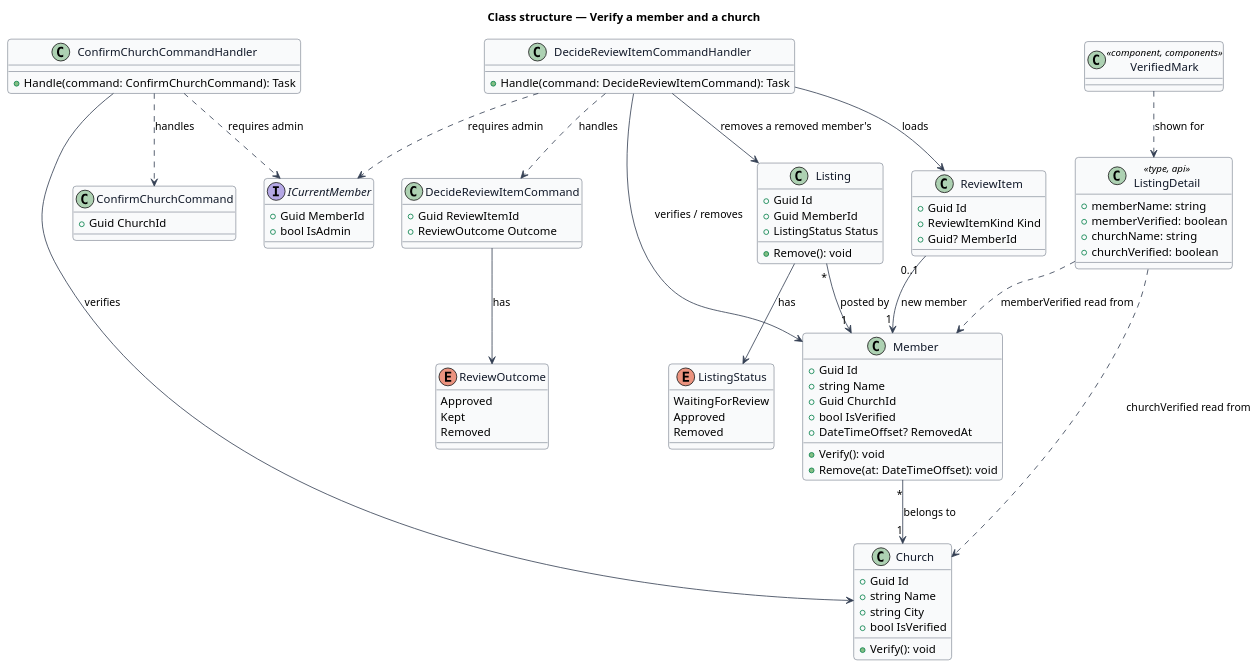
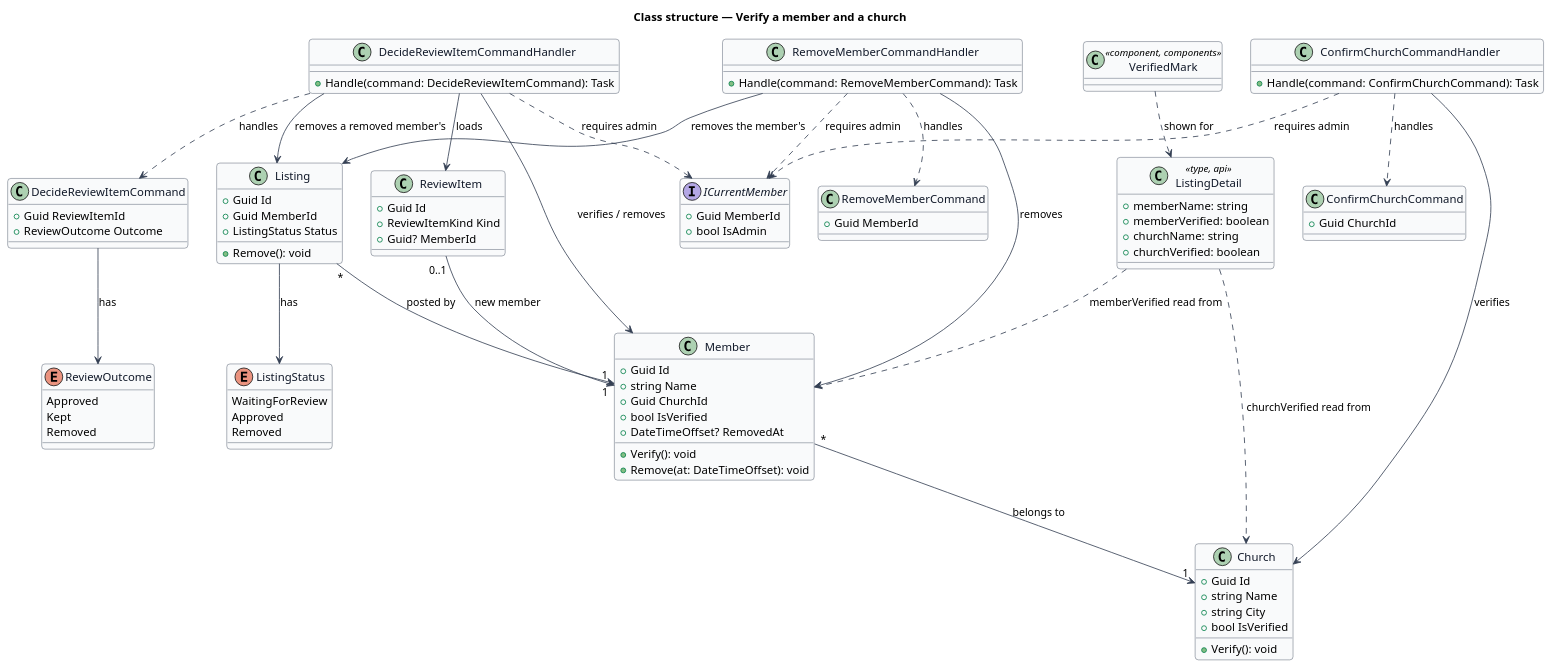
One commit to QuinntyneBrown/christian-rent changed the diagram in docs/detailed-designs/members/verify-member-and-church/diagrams/class-structure.puml. Above: the diagram before and after it, drawn with PlantUML. The commit also changed 148 other files, not shown here.

```diff
--- a/docs/detailed-designs/members/verify-member-and-church/diagrams/class-structure.puml
+++ b/docs/detailed-designs/members/verify-member-and-church/diagrams/class-structure.puml
@@ -1,94 +1,104 @@
 @startuml
 ' --- shared skin header ---
 skinparam backgroundColor #FFFFFF
 skinparam shadowing false
 skinparam roundcorner 8
 skinparam defaultFontName Arial
 skinparam ArrowColor #344054
 skinparam class {
   BorderColor #344054
   FontColor #101828
   BackgroundColor #F9FAFB
 }
 ' --------------------------
 title Class structure — Verify a member and a church
 
 class Member {
   +Guid Id
   +string Name
   +Guid ChurchId
   +bool IsVerified
   +DateTimeOffset? RemovedAt
   +Verify(): void
   +Remove(at: DateTimeOffset): void
 }
 class Church {
   +Guid Id
   +string Name
   +string City
   +bool IsVerified
   +Verify(): void
 }
 class Listing {
   +Guid Id
   +Guid MemberId
   +ListingStatus Status
   +Remove(): void
 }
 enum ListingStatus {
   WaitingForReview
   Approved
   Removed
 }
 class ReviewItem {
   +Guid Id
   +ReviewItemKind Kind
   +Guid? MemberId
 }
 class DecideReviewItemCommand {
   +Guid ReviewItemId
   +ReviewOutcome Outcome
 }
 class DecideReviewItemCommandHandler {
   +Handle(command: DecideReviewItemCommand): Task
 }
 class ConfirmChurchCommand {
   +Guid ChurchId
 }
+class RemoveMemberCommand {
+  +Guid MemberId
+}
+class RemoveMemberCommandHandler {
+  +Handle(command: RemoveMemberCommand): Task
+}
 class ConfirmChurchCommandHandler {
   +Handle(command: ConfirmChurchCommand): Task
 }
 enum ReviewOutcome {
   Approved
   Kept
   Removed
 }
 interface ICurrentMember {
   +Guid MemberId
   +bool IsAdmin
 }
 class ListingDetail <<type, api>> {
   +memberName: string
   +memberVerified: boolean
   +churchName: string
   +churchVerified: boolean
 }
 class VerifiedMark <<component, components>>
 
 DecideReviewItemCommandHandler ..> DecideReviewItemCommand : handles
 DecideReviewItemCommandHandler ..> ICurrentMember : requires admin
 DecideReviewItemCommandHandler --> ReviewItem : loads
 DecideReviewItemCommandHandler --> Member : verifies / removes
 DecideReviewItemCommandHandler --> Listing : removes a removed member's
+RemoveMemberCommandHandler ..> RemoveMemberCommand : handles
+RemoveMemberCommandHandler ..> ICurrentMember : requires admin
+RemoveMemberCommandHandler --> Member : removes
+RemoveMemberCommandHandler --> Listing : removes the member's
 ConfirmChurchCommandHandler ..> ConfirmChurchCommand : handles
 ConfirmChurchCommandHandler ..> ICurrentMember : requires admin
 ConfirmChurchCommandHandler --> Church : verifies
 DecideReviewItemCommand --> ReviewOutcome : has
 ReviewItem "0..1" --> "1" Member : new member
 Member "*" --> "1" Church : belongs to
 Listing "*" --> "1" Member : posted by
 Listing --> ListingStatus : has
 ListingDetail ..> Member : memberVerified read from
 ListingDetail ..> Church : churchVerified read from
 VerifiedMark ..> ListingDetail : shown for
 @enduml
```
